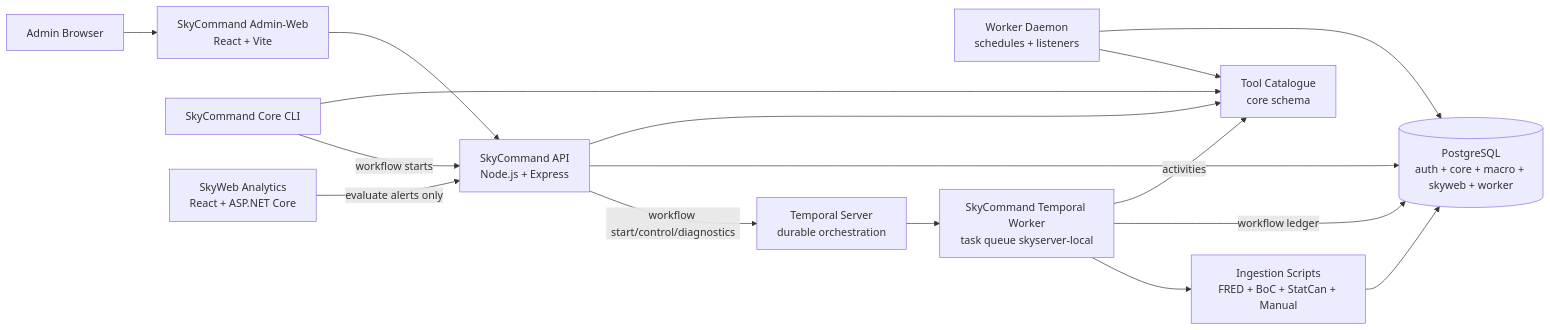
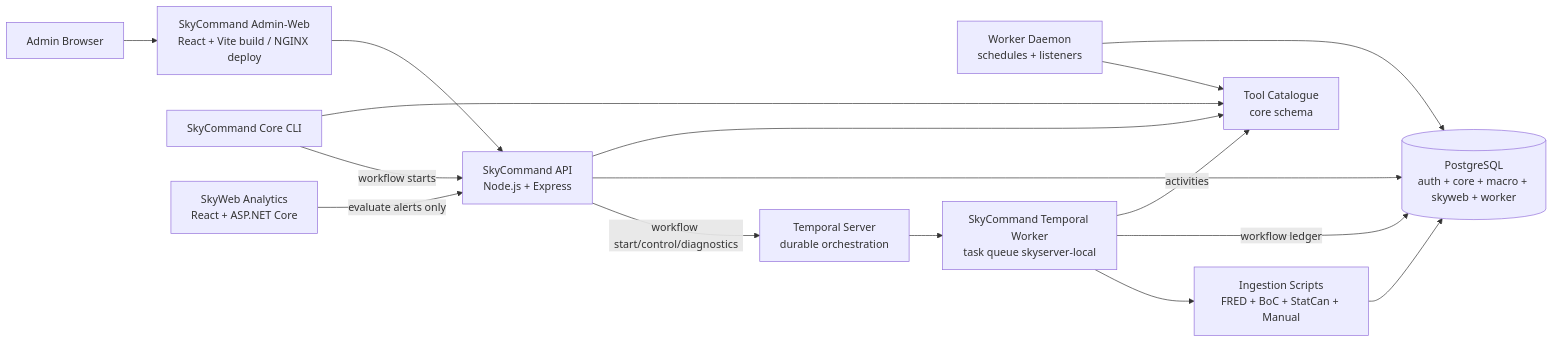
The diagram in README.md (PStar1980/SkyCommand), drawn with Mermaid before and after one commit. The commit also changed other lines of this file and 12 other files, not shown here.

````diff
--- a/README.md
+++ b/README.md
@@ -159,18 +159,18 @@
 ```mermaid
 flowchart LR
-    Admin[Admin Browser] --> AdminWeb["SkyCommand Admin-Web<br/>React + Vite"]
+    Admin[Admin Browser] --> AdminWeb["SkyCommand Admin-Web<br/>React + Vite build / NGINX deploy"]
     AdminWeb --> Api["SkyCommand API<br/>Node.js + Express"]
     Core[SkyCommand Core CLI] --> Tools["Tool Catalogue<br/>core schema"]
     Core -->|workflow starts| Api
     Api --> Tools
     Api --> Db[("PostgreSQL<br/>auth + core + macro + skyweb + worker")]
     Worker["Worker Daemon<br/>schedules + listeners"] --> Db
     Worker --> Tools
     Ingestion["Ingestion Scripts<br/>FRED + BoC + StatCan + Manual"] --> Db
     SkyWeb["SkyWeb Analytics<br/>React + ASP.NET Core"] -->|evaluate alerts only| Api
     Api -->|workflow start/control/diagnostics| Temporal["Temporal Server<br/>durable orchestration"]
     Temporal --> TemporalWorker["SkyCommand Temporal Worker<br/>task queue skyserver-local"]
     TemporalWorker -->|activities| Tools
     TemporalWorker -->|workflow ledger| Db
     TemporalWorker --> Ingestion
 ```
````
